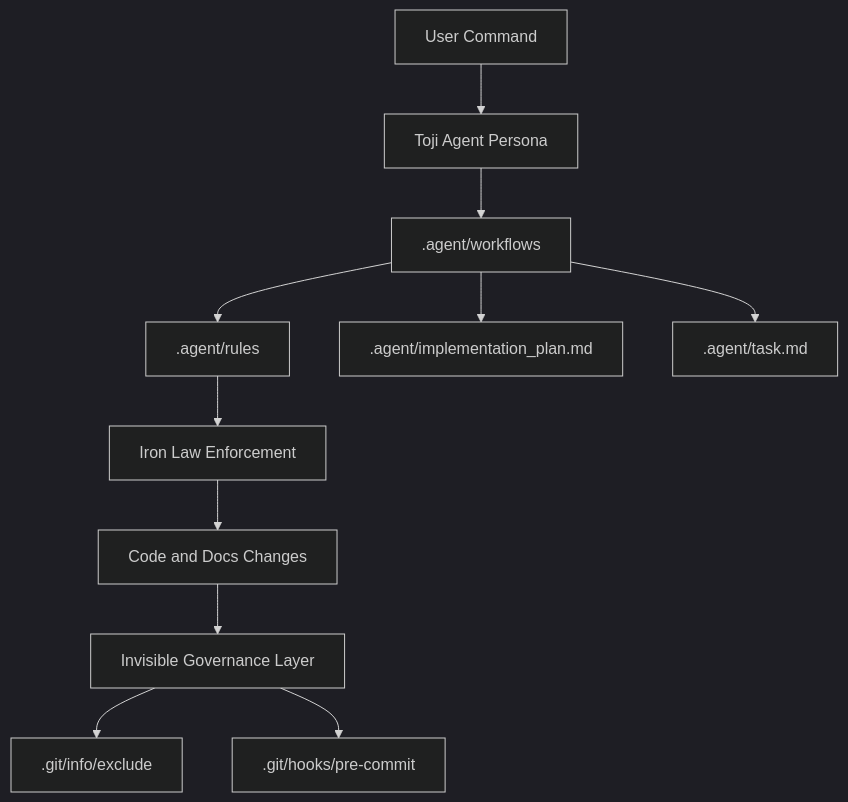
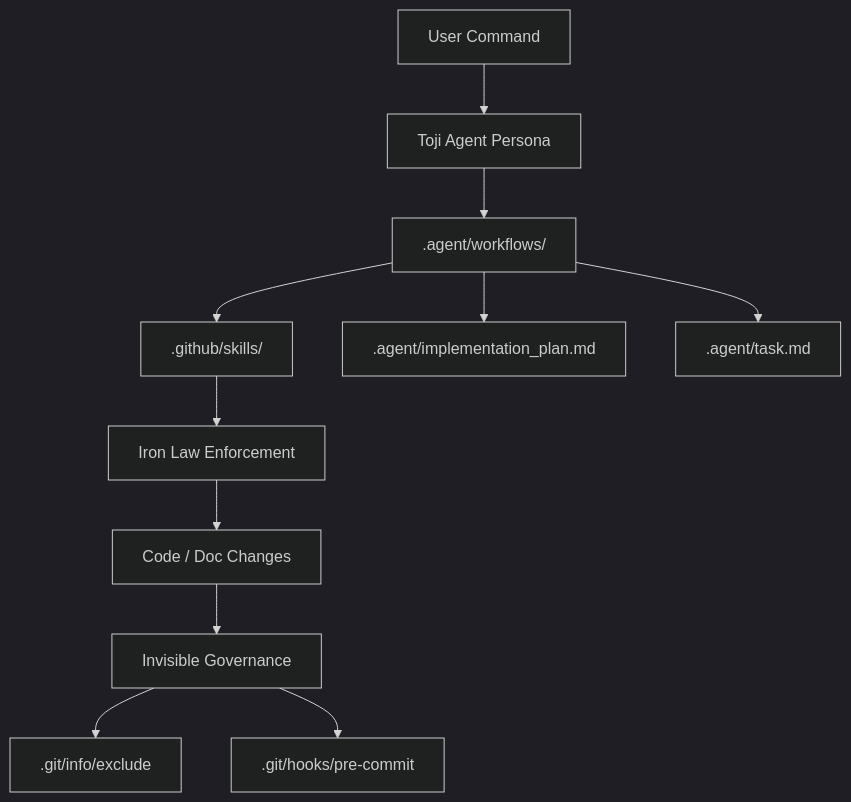
One commit to kevsmir02/toji-agent changed the diagram in DOCUMENTATION.md. Above: the diagram before and after it, drawn with Mermaid (dark theme). The commit also changed other lines of this file and 1 other file, not shown here.

````diff
--- a/DOCUMENTATION.md
+++ b/DOCUMENTATION.md
@@ -48,13 +18,13 @@
 ```mermaid
 flowchart TD
-	A[User Command] --> B[Toji Agent Persona]
-	B --> C[.agent/workflows]
-	C --> D[.agent/rules]
-	D --> E[Iron Law Enforcement]
-	E --> F[Code and Docs Changes]
-	C --> G[.agent/implementation_plan.md]
-	C --> H[.agent/task.md]
-	F --> I[Invisible Governance Layer]
-	I --> J[.git/info/exclude]
-	I --> K[.git/hooks/pre-commit]
+  A[User Command] --> B[Toji Agent Persona]
+  B --> C[.agent/workflows/]
+  C --> D[.github/skills/]
+  D --> E[Iron Law Enforcement]
+  C --> F[.agent/implementation_plan.md]
+  C --> G[.agent/task.md]
+  E --> H[Code / Doc Changes]
+  H --> I[Invisible Governance]
+  I --> J[.git/info/exclude]
+  I --> K[.git/hooks/pre-commit]
 ```
````
